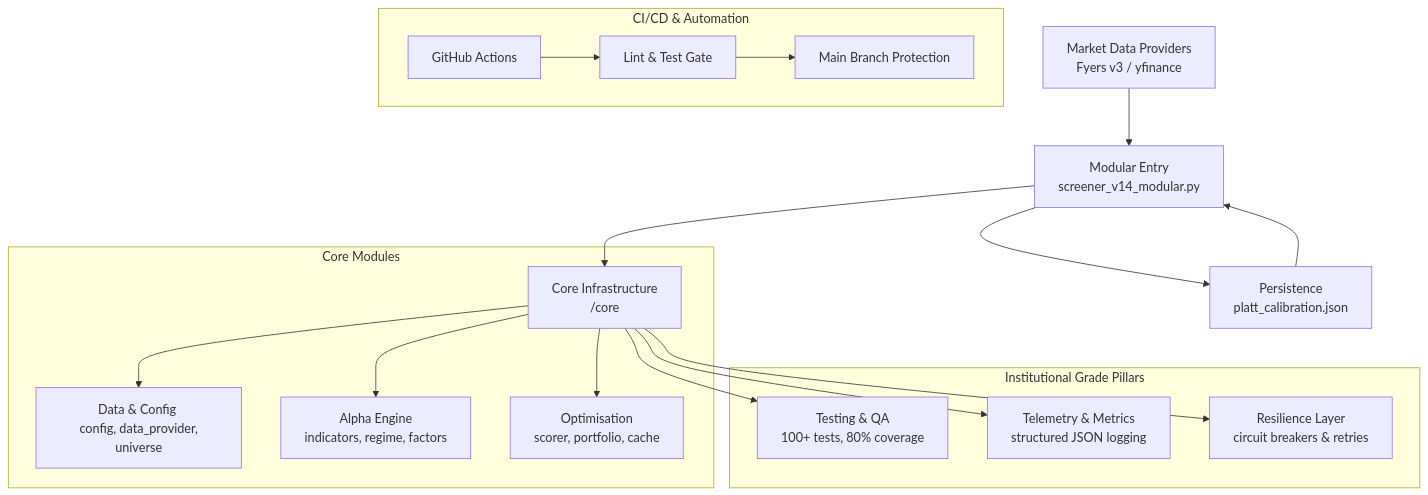
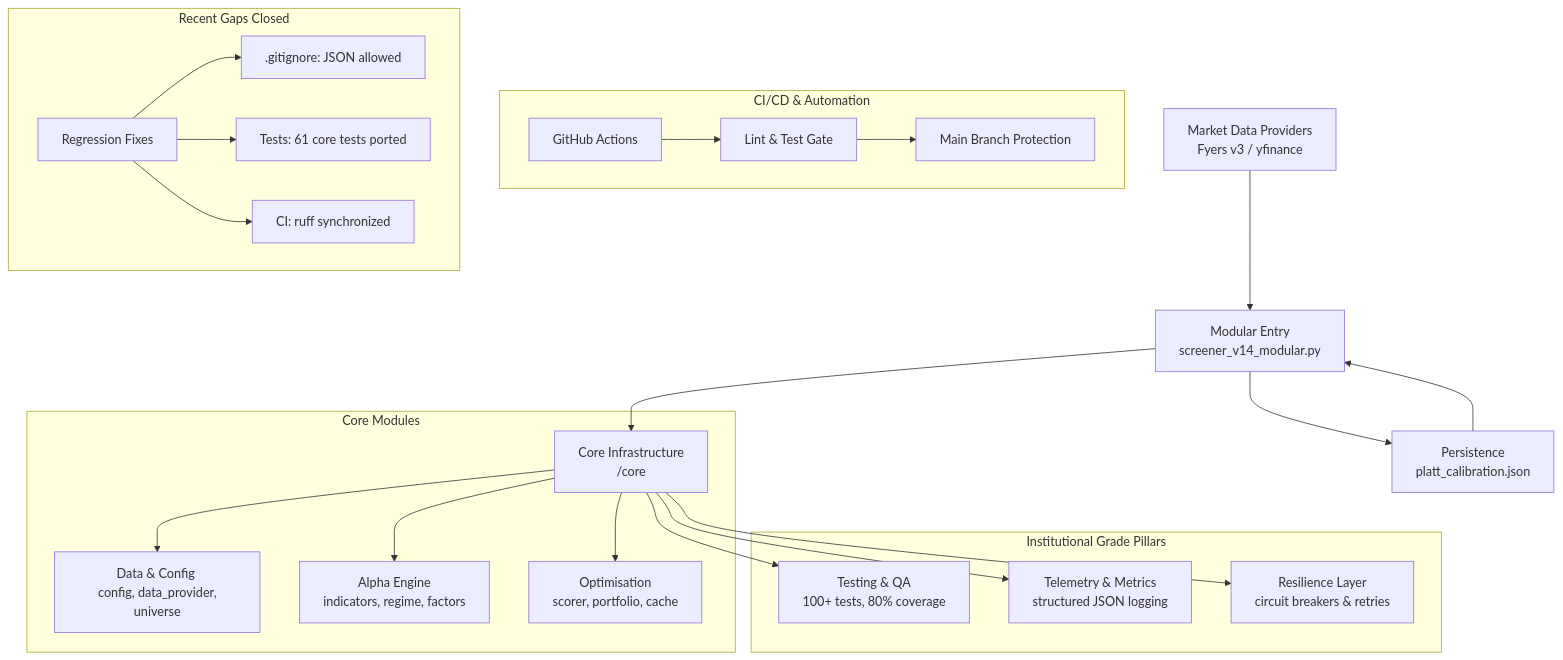
Before and after one commit to jpechetty-debug/tradingscript: the diagram in README.md, drawn with Mermaid. The commit also changed other lines of this file and 7 other files, not shown here.

Commit message:
v14.5-Modular: Production Hardening [Ported 61 core tests, Fix .gitignore JSON bug]

````diff
--- a/README.md
+++ b/README.md
@@ -14,25 +14,31 @@
 ```mermaid
 graph TD
     A[Market Data Providers <br/> Fyers v3 / yfinance] --> B[Modular Entry <br/> screener_v14_modular.py]
     B --> C[Core Infrastructure <br/> /core]
     
     subgraph "Core Modules"
         C --> D[Data & Config <br/> config, data_provider, universe]
         C --> E[Alpha Engine <br/> indicators, regime, factors]
         C --> F[Optimisation <br/> scorer, portfolio, cache]
     end
     
     subgraph "Institutional Grade Pillars"
         C --> H[Testing & QA <br/> 100+ tests, 80% coverage]
         C --> I[Telemetry & Metrics <br/> structured JSON logging]
         C --> J[Resilience Layer <br/> circuit breakers & retries]
     end
     
     subgraph "CI/CD & Automation"
         K[GitHub Actions] --> L[Lint & Test Gate]
         L --> M[Main Branch Protection]
     end
     
     B --> G[Persistence <br/> platt_calibration.json]
     G --> B
+    
+    subgraph "Recent Gaps Closed"
+        N[Regression Fixes] --> O[.gitignore: JSON allowed]
+        N --> P[Tests: 61 core tests ported]
+        N --> Q[CI: ruff synchronized]
+    end
 ```
````
